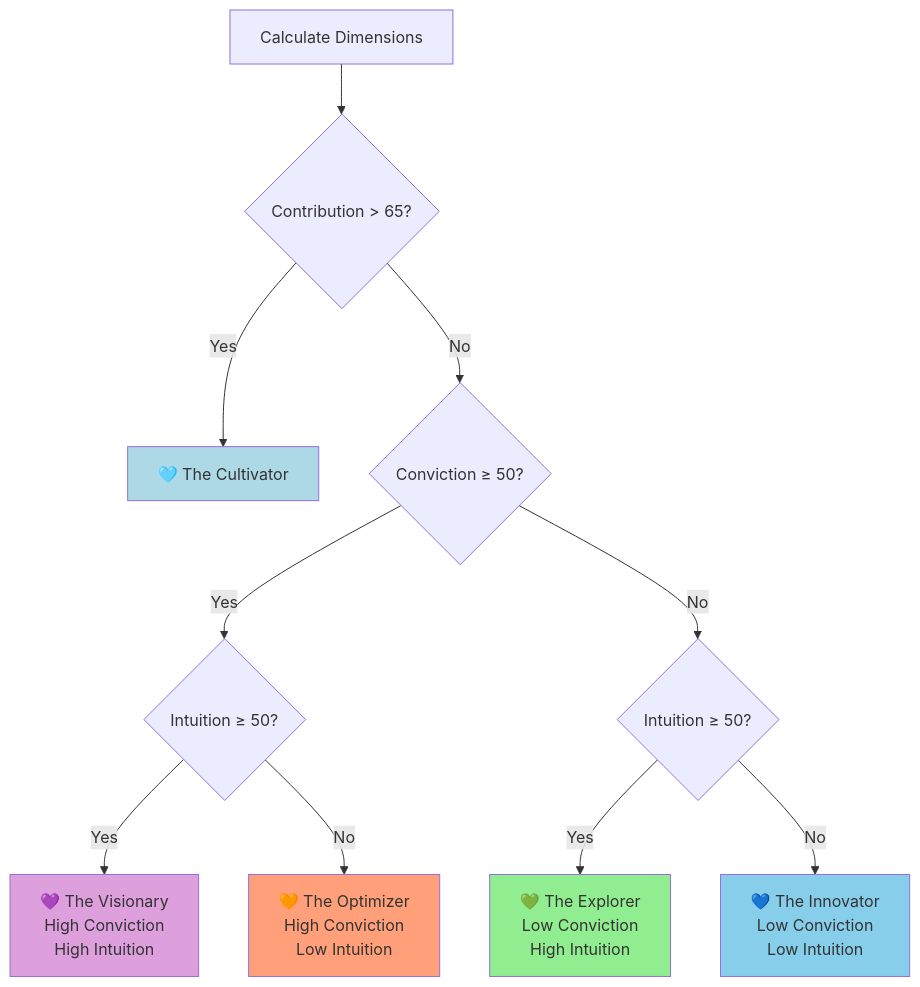
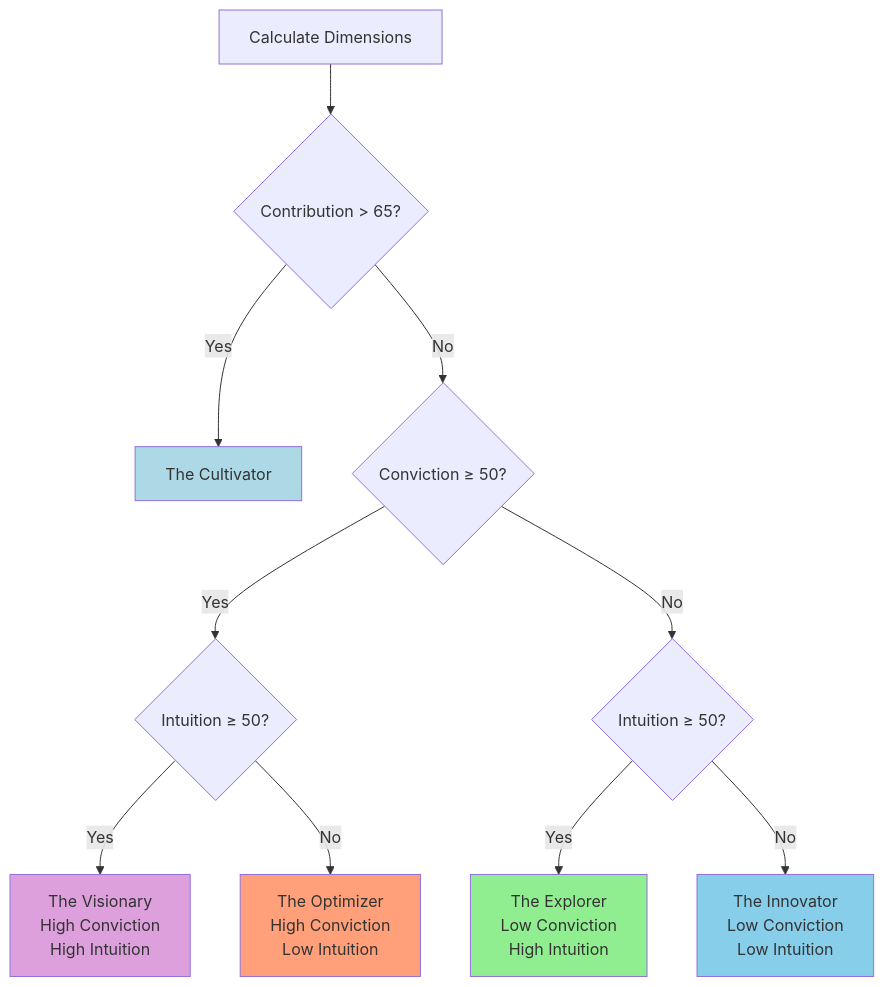
Before and after one commit to Dawgomatic/Xagent: the fifth of 10 diagrams in skills/skills/unicornbloom/bloom-taste-finder/docs/ARCHITECTURE-DIAGRAM.md, drawn with Mermaid. The commit also changed other lines of this file and 18009 other files, not shown here.

````diff
--- a/skills/skills/unicornbloom/bloom-taste-finder/docs/ARCHITECTURE-DIAGRAM.md
+++ b/skills/skills/unicornbloom/bloom-taste-finder/docs/ARCHITECTURE-DIAGRAM.md
@@ -147,21 +147,21 @@
 ```mermaid
 graph TD
     A[Calculate Dimensions] --> B{Contribution > 65?}
-    B -->|Yes| C[🩵 The Cultivator]
+    B -->|Yes| C[ The Cultivator]
     B -->|No| D{Conviction ≥ 50?}
 
     D -->|Yes| E{Intuition ≥ 50?}
     D -->|No| F{Intuition ≥ 50?}
 
-    E -->|Yes| G[💜 The Visionary<br/>High Conviction<br/>High Intuition]
-    E -->|No| H[🧡 The Optimizer<br/>High Conviction<br/>Low Intuition]
+    E -->|Yes| G[ The Visionary<br/>High Conviction<br/>High Intuition]
+    E -->|No| H[ The Optimizer<br/>High Conviction<br/>Low Intuition]
 
-    F -->|Yes| I[💚 The Explorer<br/>Low Conviction<br/>High Intuition]
-    F -->|No| J[💙 The Innovator<br/>Low Conviction<br/>Low Intuition]
+    F -->|Yes| I[ The Explorer<br/>Low Conviction<br/>High Intuition]
+    F -->|No| J[ The Innovator<br/>Low Conviction<br/>Low Intuition]
 
     style C fill:#add8e6
     style G fill:#dda0dd
     style H fill:#ffa07a
     style I fill:#90ee90
     style J fill:#87ceeb
 ```
````
